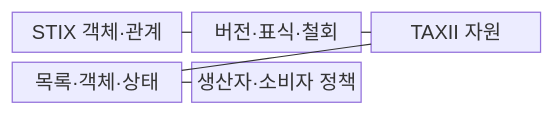
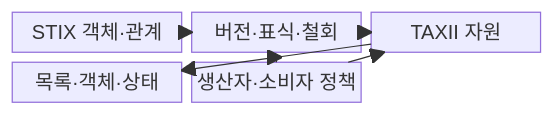
The first of 2 diagrams in src/content/docs/notes/05-security/032_stix_taxii.md (agnusdei1207/knowledge-base), drawn with Mermaid before and after one commit. The commit also changed other lines of this file and 20 other files, not shown here.

````diff
--- a/src/content/docs/notes/05-security/032_stix_taxii.md
+++ b/src/content/docs/notes/05-security/032_stix_taxii.md
@@ -57,13 +56,14 @@
 ```mermaid
-block-beta
+block
     columns 3
     A["STIX 객체·관계"]
     B["버전·표식·철회"]
     C["TAXII 자원"]
     D["목록·객체·상태"]
     E["생산자·소비자 정책"]
-    A --- B
-    B --- C
-    C --- D
-    D --- E
+    A --> B
+    B --> C
+    C --> D
+    E --> B
+    E --> C
 ```
````
